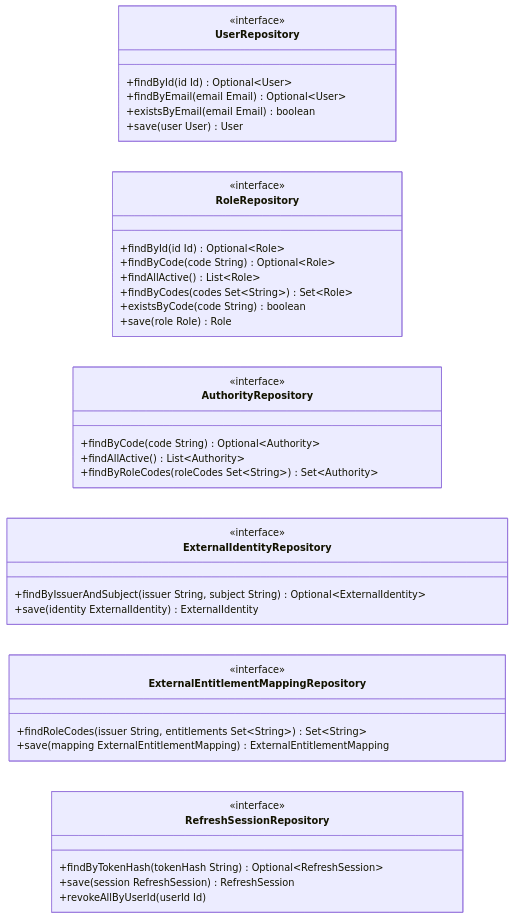
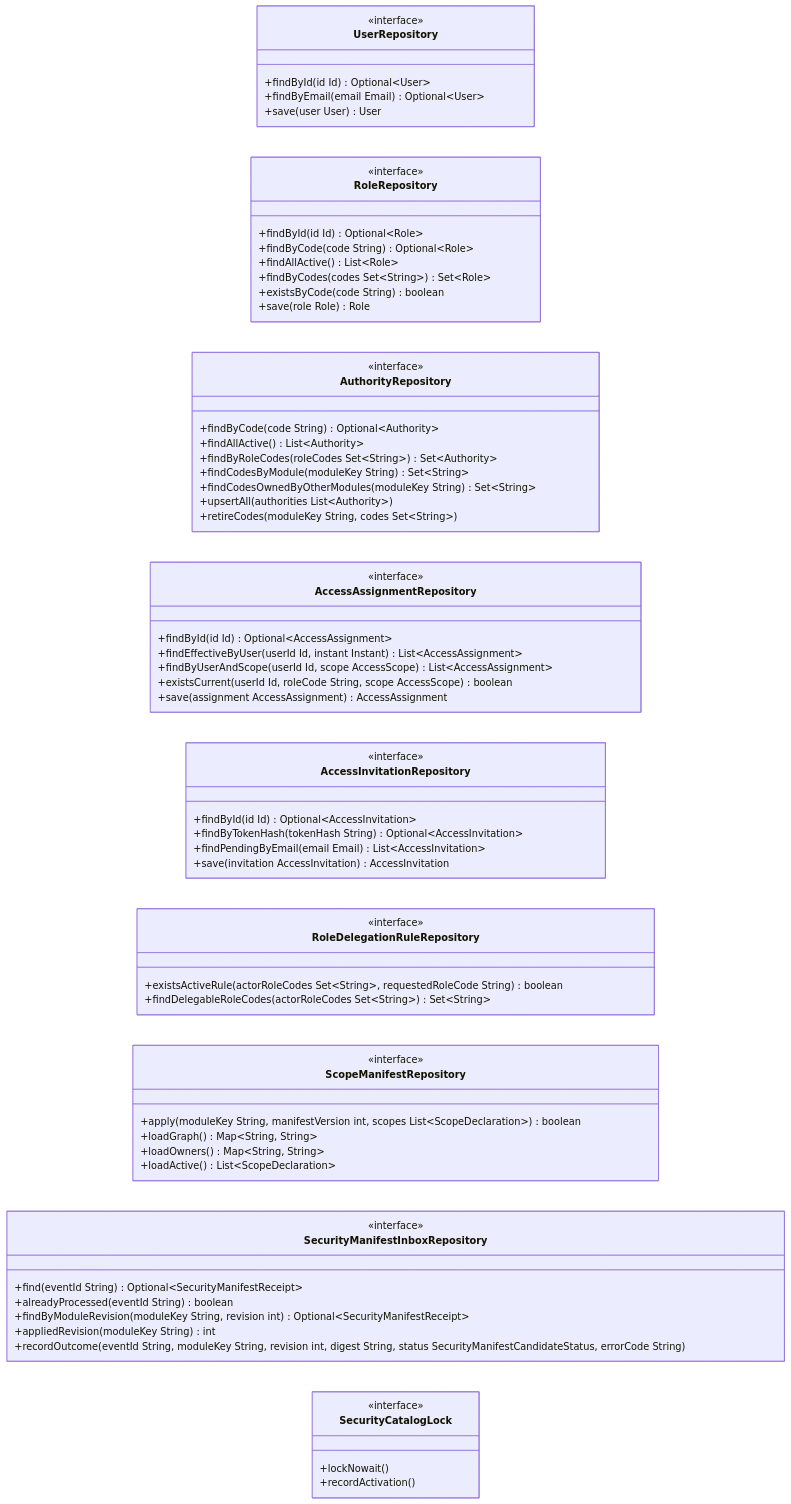
Before and after one commit to khinemyaezin/grab: the sixth of 6 diagrams in docs/dev/domain/identity/architecture/DGR_001-Identity_bounded_context_architecture.md, drawn with Mermaid. The commit also changed other lines of this file and 178 other files, not shown here.

Commit message:
feat: enhance identity module with merchant ID support and new security manifest commands

````diff
--- a/docs/dev/domain/identity/architecture/DGR_001-Identity_bounded_context_architecture.md
+++ b/docs/dev/domain/identity/architecture/DGR_001-Identity_bounded_context_architecture.md
@@ -290,49 +503,78 @@
 ```mermaid
 classDiagram
     direction LR
 
     class UserRepository {
         <<interface>>
         +findById(id Id) Optional~User~
         +findByEmail(email Email) Optional~User~
-        +existsByEmail(email Email) boolean
         +save(user User) User
     }
 
     class RoleRepository {
         <<interface>>
         +findById(id Id) Optional~Role~
         +findByCode(code String) Optional~Role~
         +findAllActive() List~Role~
         +findByCodes(codes Set~String~) Set~Role~
         +existsByCode(code String) boolean
         +save(role Role) Role
     }
 
     class AuthorityRepository {
         <<interface>>
         +findByCode(code String) Optional~Authority~
         +findAllActive() List~Authority~
         +findByRoleCodes(roleCodes Set~String~) Set~Authority~
+        +findCodesByModule(moduleKey String) Set~String~
+        +findCodesOwnedByOtherModules(moduleKey String) Set~String~
+        +upsertAll(authorities List~Authority~)
+        +retireCodes(moduleKey String, codes Set~String~)
     }
 
-    class ExternalIdentityRepository {
+    class AccessAssignmentRepository {
         <<interface>>
-        +findByIssuerAndSubject(issuer String, subject String) Optional~ExternalIdentity~
-        +save(identity ExternalIdentity) ExternalIdentity
+        +findById(id Id) Optional~AccessAssignment~
+        +findEffectiveByUser(userId Id, instant Instant) List~AccessAssignment~
+        +findByUserAndScope(userId Id, scope AccessScope) List~AccessAssignment~
+        +existsCurrent(userId Id, roleCode String, scope AccessScope) boolean
+        +save(assignment AccessAssignment) AccessAssignment
     }
 
-
-    class ExternalEntitlementMappingRepository {
+    class AccessInvitationRepository {
         <<interface>>
-        +findRoleCodes(issuer String, entitlements Set~String~) Set~String~
-        +save(mapping ExternalEntitlementMapping) ExternalEntitlementMapping
+        +findById(id Id) Optional~AccessInvitation~
+        +findByTokenHash(tokenHash String) Optional~AccessInvitation~
+        +findPendingByEmail(email Email) List~AccessInvitation~
+        +save(invitation AccessInvitation) AccessInvitation
     }
 
-    class RefreshSessionRepository {
+    class RoleDelegationRuleRepository {
         <<interface>>
-        +findByTokenHash(tokenHash String) Optional~RefreshSession~
-        +save(session RefreshSession) RefreshSession
-        +revokeAllByUserId(userId Id)
+        +existsActiveRule(actorRoleCodes Set~String~, requestedRoleCode String) boolean
+        +findDelegableRoleCodes(actorRoleCodes Set~String~) Set~String~
+    }
+
+    class ScopeManifestRepository {
+        <<interface>>
+        +apply(moduleKey String, manifestVersion int, scopes List~ScopeDeclaration~) boolean
+        +loadGraph() Map~String, String~
+        +loadOwners() Map~String, String~
+        +loadActive() List~ScopeDeclaration~
+    }
+
+    class SecurityManifestInboxRepository {
+        <<interface>>
+        +find(eventId String) Optional~SecurityManifestReceipt~
+        +alreadyProcessed(eventId String) boolean
+        +findByModuleRevision(moduleKey String, revision int) Optional~SecurityManifestReceipt~
+        +appliedRevision(moduleKey String) int
+        +recordOutcome(eventId String, moduleKey String, revision int, digest String, status SecurityManifestCandidateStatus, errorCode String)
+    }
+
+    class SecurityCatalogLock {
+        <<interface>>
+        +lockNowait()
+        +recordActivation()
     }
 ```
````
